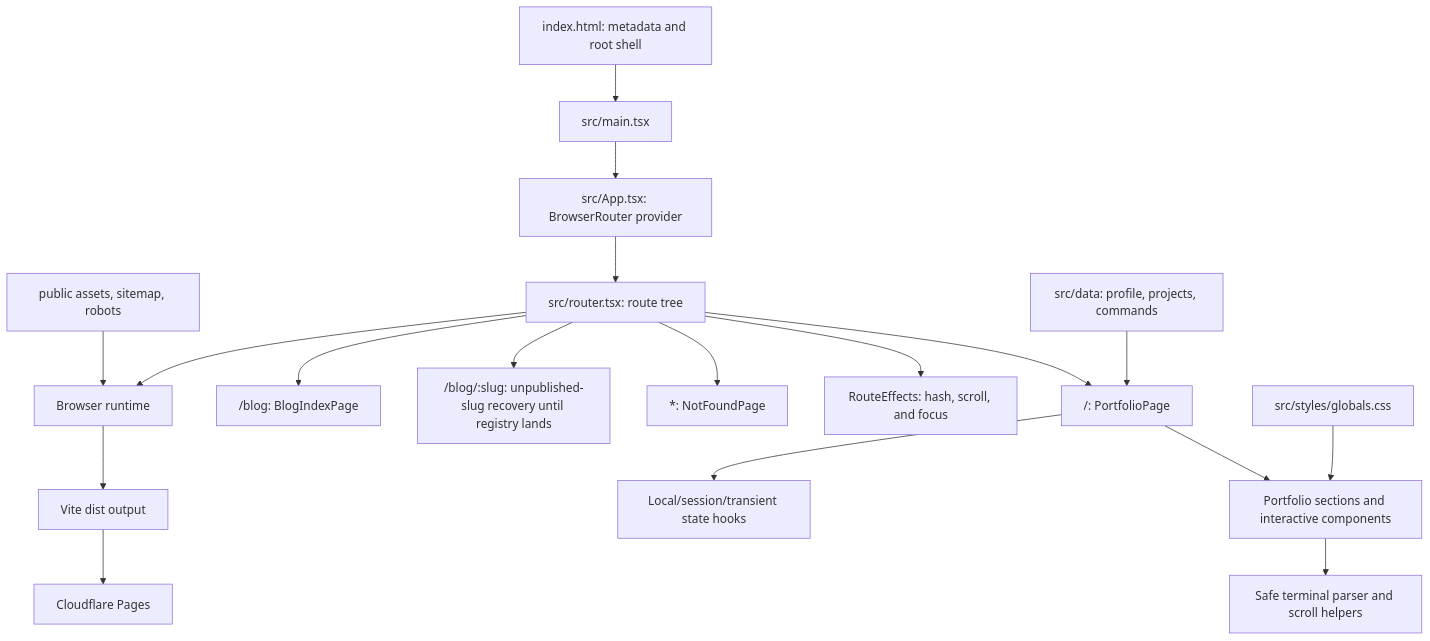
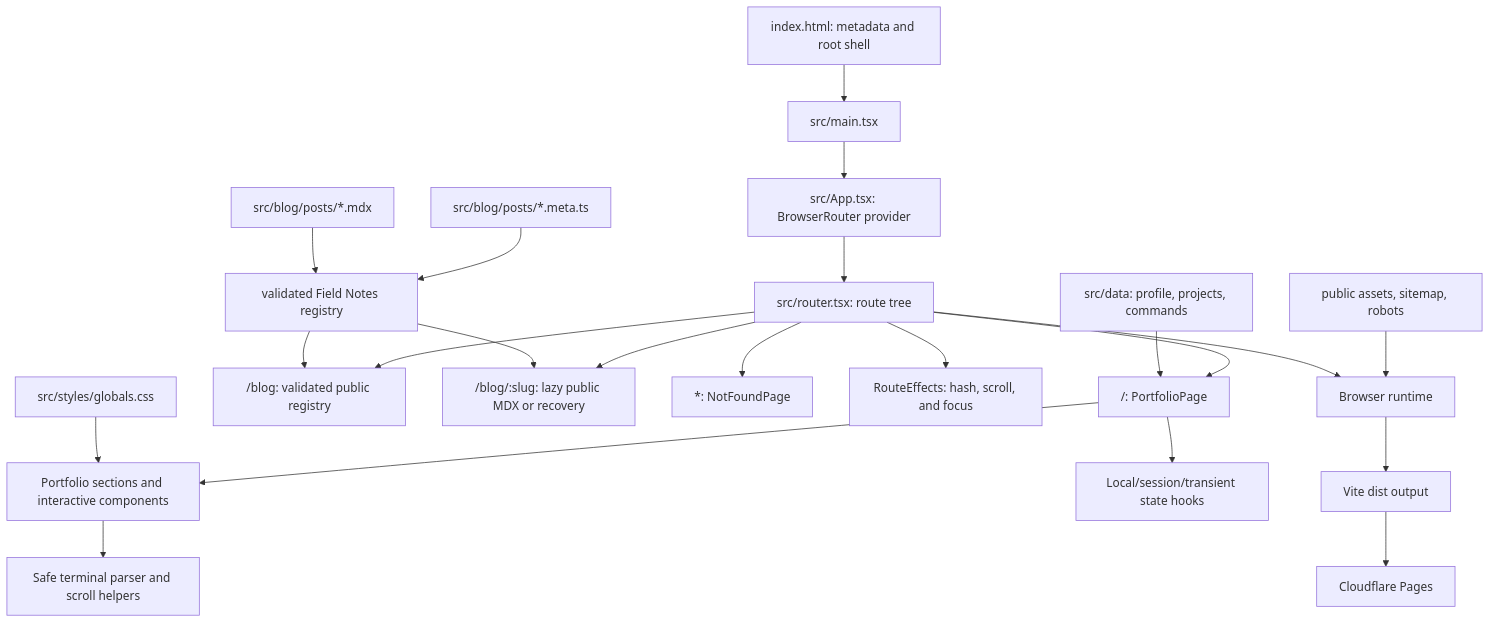
The first of 5 diagrams in ARCHITECTURE.md (atrx07/atrx07-portfolio), drawn with Mermaid before and after one commit. The commit also changed other lines of this file and 22 other files, not shown here.

Commit message:
Build Field Notes MDX content system

````diff
--- a/ARCHITECTURE.md
+++ b/ARCHITECTURE.md
@@ -15,20 +16,24 @@
 ```mermaid
 flowchart TD
   html["index.html: metadata and root shell"] --> entry["src/main.tsx"]
   entry --> app["src/App.tsx: BrowserRouter provider"]
   app --> router["src/router.tsx: route tree"]
   router --> portfolio["/: PortfolioPage"]
-  router --> blog["/blog: BlogIndexPage"]
-  router --> post["/blog/:slug: unpublished-slug recovery until registry lands"]
+  router --> blog["/blog: validated public registry"]
+  router --> post["/blog/:slug: lazy public MDX or recovery"]
   router --> missing["*: NotFoundPage"]
   data["src/data: profile, projects, commands"] --> portfolio
+  blogMeta["src/blog/posts/*.meta.ts"] --> registry["validated Field Notes registry"]
+  blogBody["src/blog/posts/*.mdx"] --> registry
+  registry --> blog
+  registry --> post
   portfolio --> sections["Portfolio sections and interactive components"]
   portfolio --> hooks["Local/session/transient state hooks"]
   router --> effects["RouteEffects: hash, scroll, and focus"]
   sections --> engine["Safe terminal parser and scroll helpers"]
   styles["src/styles/globals.css"] --> sections
   assets["public assets, sitemap, robots"] --> browser["Browser runtime"]
   router --> browser
   browser --> build["Vite dist output"]
   build --> pages["Cloudflare Pages"]
 ```
````
